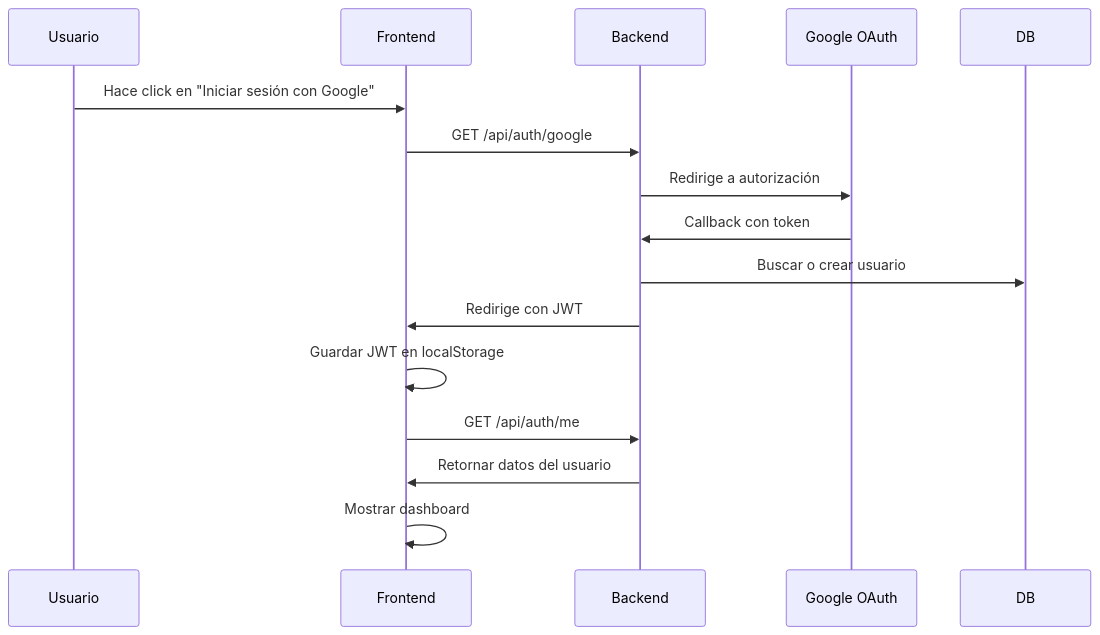
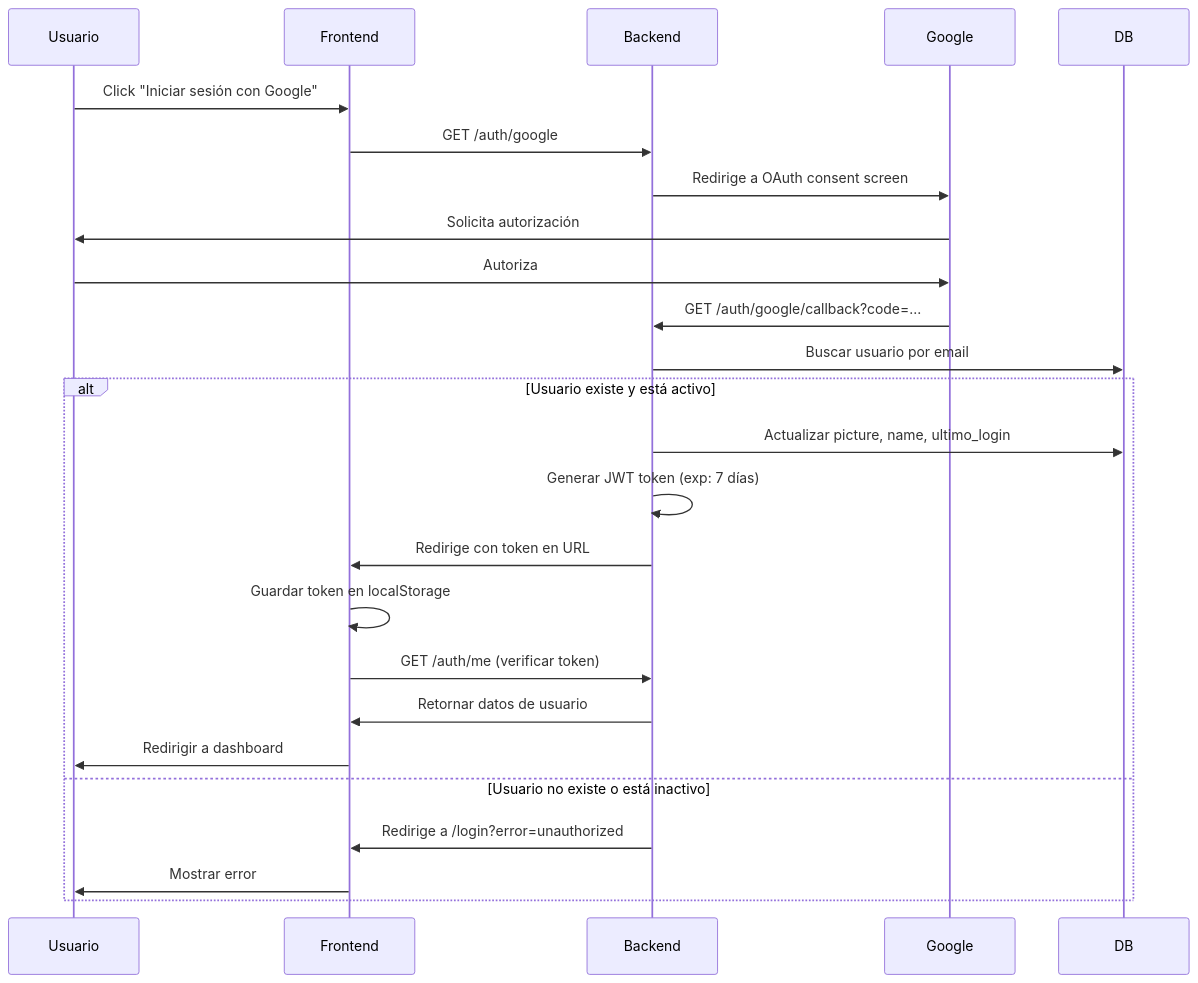
The first of 6 diagrams in PRD.md (fer336/finanzas), drawn with Mermaid before and after one commit. The commit also changed other lines of this file and 32 other files, not shown here.

````diff
--- a/PRD.md
+++ b/PRD.md
@@ -754,13 +1655,22 @@
 ```mermaid
 sequenceDiagram
-    Usuario->>Frontend: Hace click en "Iniciar sesión con Google"
-    Frontend->>Backend: GET /api/auth/google
-    Backend->>Google OAuth: Redirige a autorización
-    Google OAuth->>Backend: Callback con token
-    Backend->>DB: Buscar o crear usuario
-    Backend->>Frontend: Redirige con JWT
-    Frontend->>Frontend: Guardar JWT en localStorage
-    Frontend->>Backend: GET /api/auth/me
-    Backend->>Frontend: Retornar datos del usuario
-    Frontend->>Frontend: Mostrar dashboard
+    Usuario->>Frontend: Click "Iniciar sesión con Google"
+    Frontend->>Backend: GET /auth/google
+    Backend->>Google: Redirige a OAuth consent screen
+    Google->>Usuario: Solicita autorización
+    Usuario->>Google: Autoriza
+    Google->>Backend: GET /auth/google/callback?code=...
+    Backend->>DB: Buscar usuario por email
+    alt Usuario existe y está activo
+        Backend->>DB: Actualizar picture, name, ultimo_login
+        Backend->>Backend: Generar JWT token (exp: 7 días)
+        Backend->>Frontend: Redirige con token en URL
+        Frontend->>Frontend: Guardar token en localStorage
+        Frontend->>Backend: GET /auth/me (verificar token)
+        Backend->>Frontend: Retornar datos de usuario
+        Frontend->>Usuario: Redirigir a dashboard
+    else Usuario no existe o está inactivo
+        Backend->>Frontend: Redirige a /login?error=unauthorized
+        Frontend->>Usuario: Mostrar error
+    end
 ```
````
